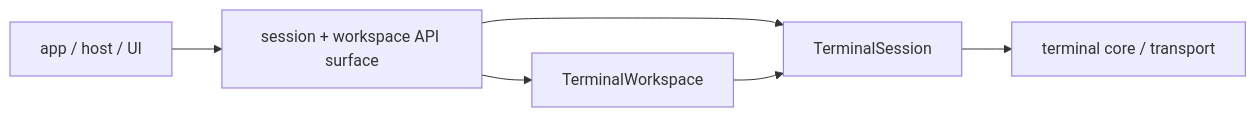
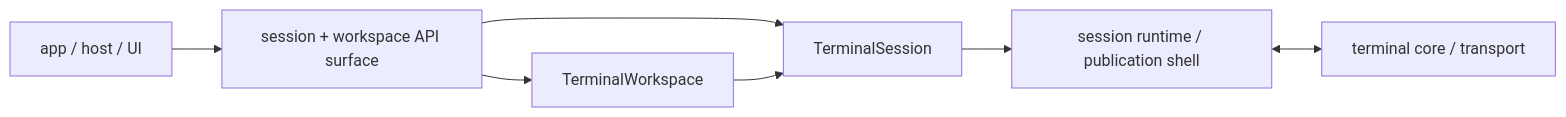
Before and after one commit to LaurenceGuws/Zide: the first of 3 diagrams in app_architecture/terminal/TERMINAL_API.md, drawn with Mermaid. The commit also changed other lines of this file and 5 other files, not shown here.

````diff
--- a/app_architecture/terminal/TERMINAL_API.md
+++ b/app_architecture/terminal/TERMINAL_API.md
@@ -33,8 +33,9 @@
 ```mermaid
 flowchart LR
     Host[app / host / UI] --> API[session + workspace API surface]
     API --> Session[TerminalSession]
     API --> Workspace[TerminalWorkspace]
-    Session --> Core[terminal core / transport]
+    Session --> Runtime[session runtime / publication shell]
+    Runtime <--> Core[terminal core / transport]
     Workspace --> Session
 ```
````
